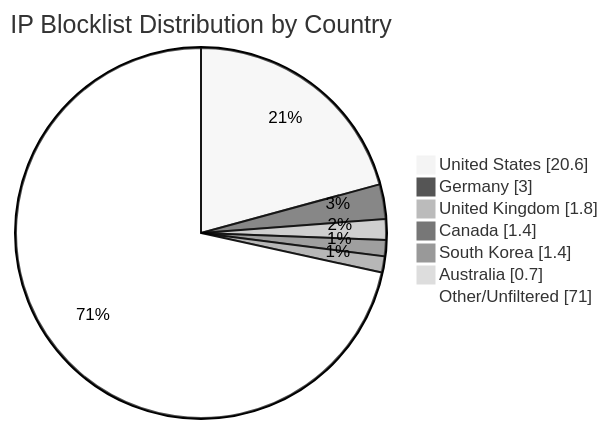
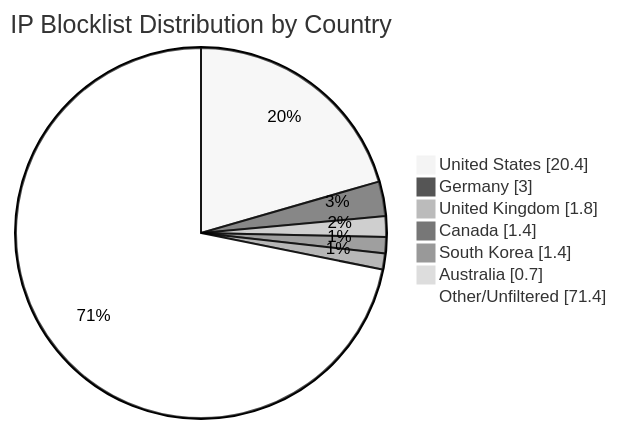
The diagram in README.md (MarcusHoltz/ipblocklist-geofiltered-aggregator), drawn with Mermaid (neutral theme) before and after one commit. The commit also changed other lines of this file and 9 other files, not shown here.

````diff
--- a/README.md
+++ b/README.md
@@ -34,10 +34,10 @@
 ```mermaid
 pie showData title IP Blocklist Distribution by Country
-"United States" : 20.6
+"United States" : 20.4
 "Germany" : 3.0
 "United Kingdom" : 1.8
 "Canada" : 1.4
 "South Korea" : 1.4
 "Australia" : 0.7
-"Other/Unfiltered" : 71.0
+"Other/Unfiltered" : 71.4
 ```
````
